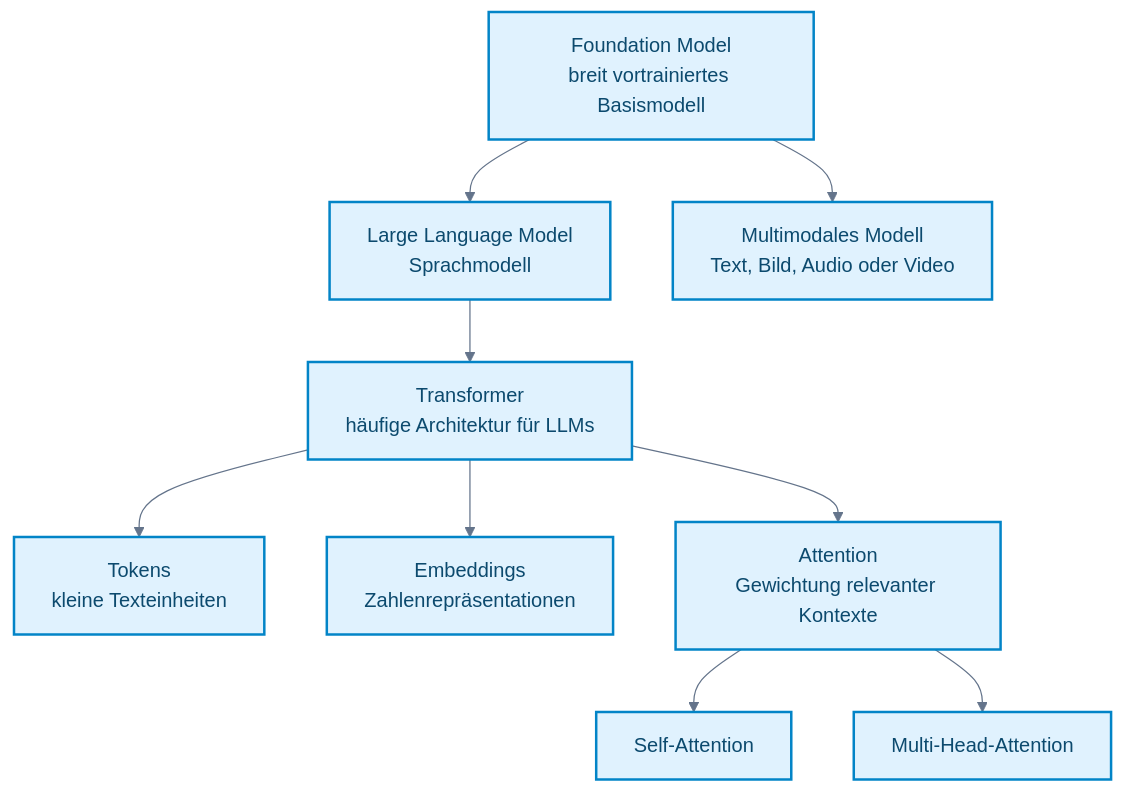
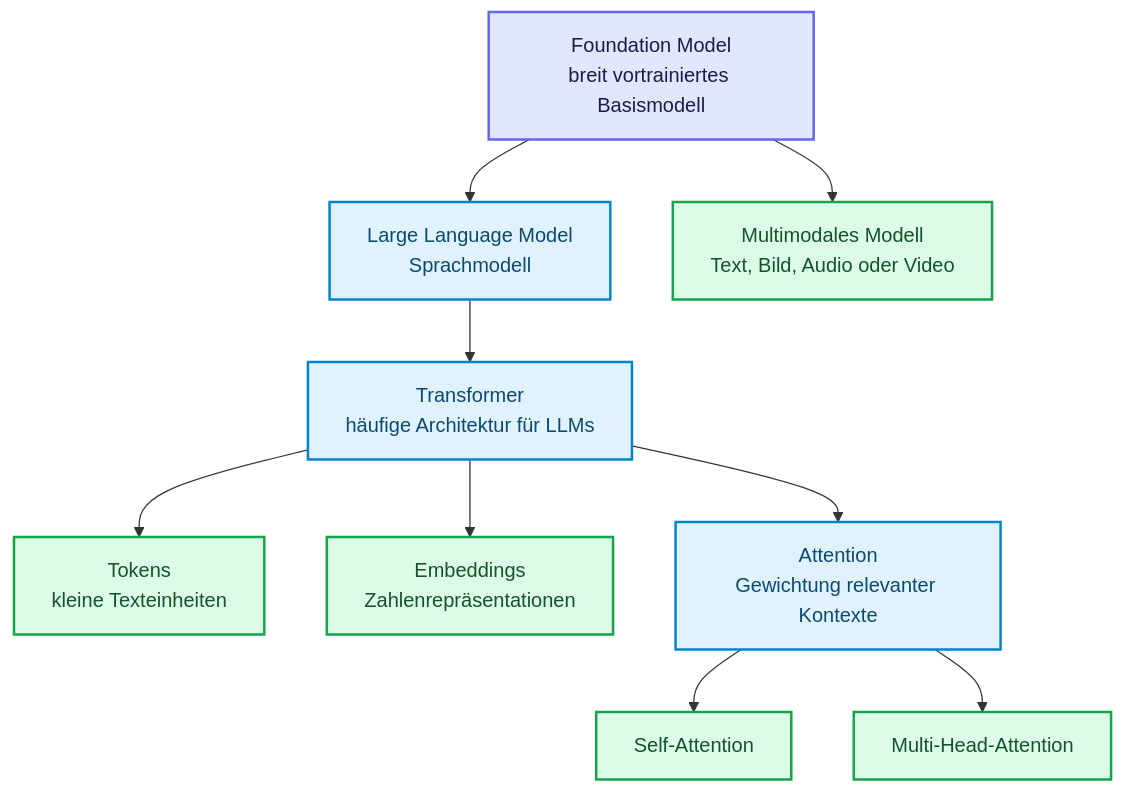
Before and after one commit to ralf-42/GenAI: the first of 2 diagrams in docs/03-grundlagen/large-language-models.md, drawn with Mermaid. The commit also changed other lines of this file and 50 other files, not shown here.

````diff
--- a/docs/03-grundlagen/large-language-models.md
+++ b/docs/03-grundlagen/large-language-models.md
@@ -85,41 +85,30 @@
 ```mermaid
----
-config:
-  theme: base
-  look: classic
-  themeVariables:
-    primaryColor: '#e0f2fe'
-    primaryBorderColor: '#0284c7'
-    primaryTextColor: '#1e293b'
-    lineColor: '#64748b'
-    clusterBkg: '#f8fafc'
-    clusterBorder: '#cbd5e1'
-    noteBkgColor: '#fef3c7'
-    noteBorderColor: '#d97706'
-    noteTextColor: '#78350f'
-    edgeLabelBackground: '#ffffff'
----
-
 flowchart TD
     FM[Foundation Model<br>breit vortrainiertes Basismodell]
     LLM[Large Language Model<br>Sprachmodell]
     MM[Multimodales Modell<br>Text, Bild, Audio oder Video]
     TR[Transformer<br>häufige Architektur für LLMs]
     TOK[Tokens<br>kleine Texteinheiten]
     EMB[Embeddings<br>Zahlenrepräsentationen]
     ATT[Attention<br>Gewichtung relevanter Kontexte]
     SELF[Self-Attention]
     MULTI[Multi-Head-Attention]
 
     FM --> LLM
     FM --> MM
     LLM --> TR
     TR --> TOK
     TR --> EMB
     TR --> ATT
     ATT --> SELF
     ATT --> MULTI
 
 %% Funktionsfarben nach Mermaid_Best_Practices.md
-classDef default fill:#e0f2fe,stroke:#0284c7,stroke-width:2px,color:#0c4a6e;
+
+    classDef default fill:#e0f2fe,stroke:#0284c7,stroke-width:2px,color:#0c4a6e;
+    classDef input fill:#e0e7ff,stroke:#6366f1,stroke-width:2px,color:#1e1b4b;
+    classDef output fill:#dcfce7,stroke:#16a34a,stroke-width:2px,color:#14532d;
+
+    class FM input;
+    class MM,TOK,EMB,SELF,MULTI output;
 ```
````
